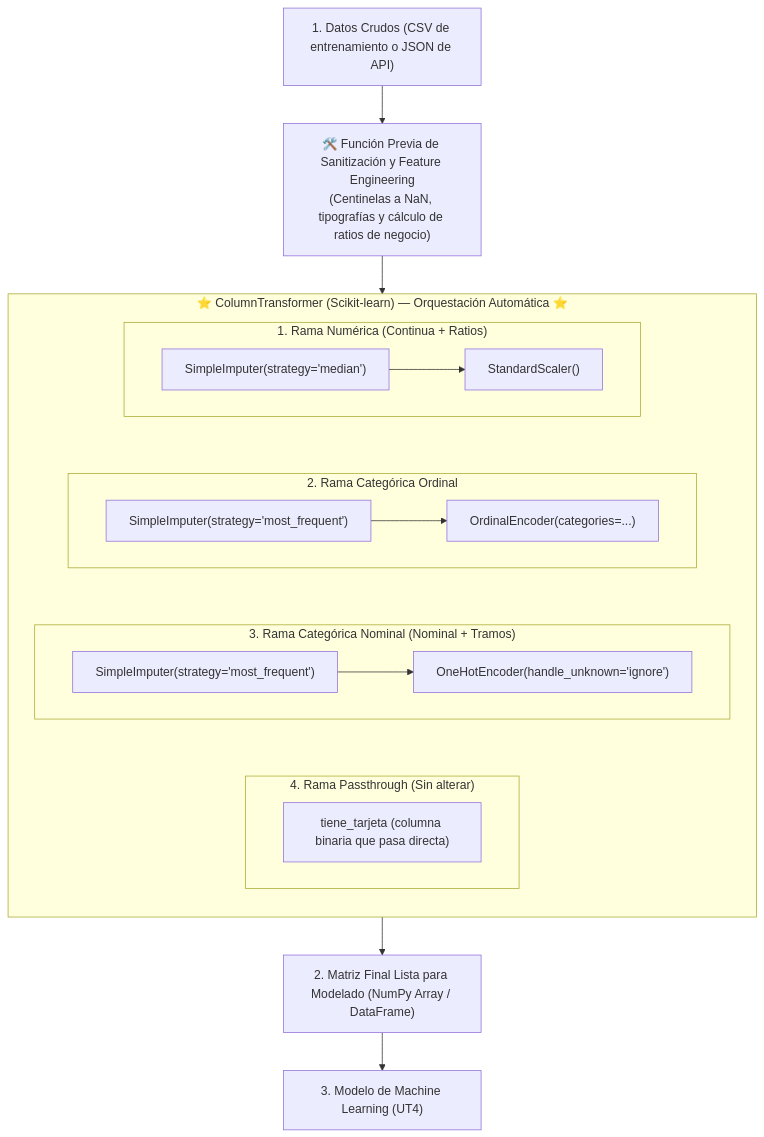
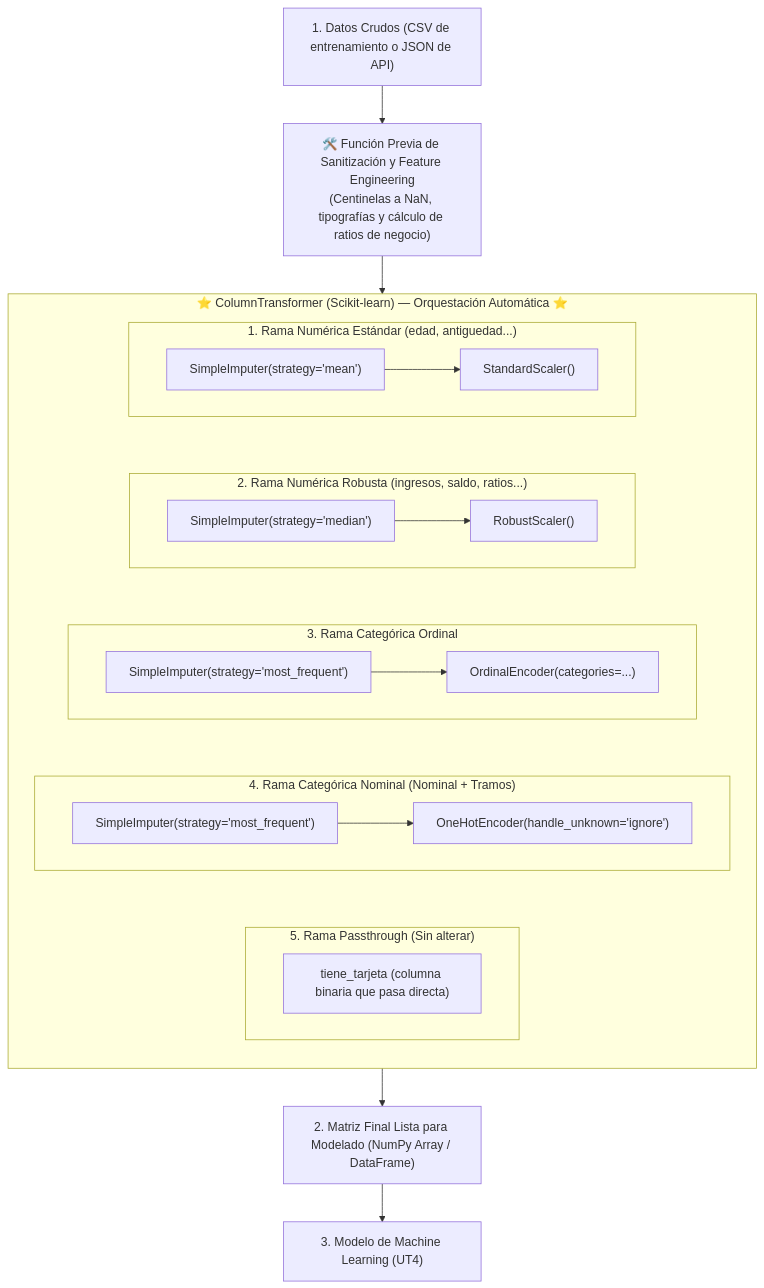
The fourth of 4 diagrams in docs/02_pia_2627/ut3_preparacion_analisis_datos/8-pipelines-columntransformer.md (acamarac02/DevTacora), drawn with Mermaid before and after one commit. The commit also changed other lines of this file, not shown here.

````diff
--- a/docs/02_pia_2627/ut3_preparacion_analisis_datos/8-pipelines-columntransformer.md
+++ b/docs/02_pia_2627/ut3_preparacion_analisis_datos/8-pipelines-columntransformer.md
@@ -134,36 +134,42 @@
 ```mermaid
 flowchart TD
     Raw["1. Datos Crudos (CSV de entrenamiento o JSON de API)"] --> Pre["🛠️ Función Previa de Sanitización y Feature Engineering<br/>(Centinelas a NaN, tipografías y cálculo de ratios de negocio)"]
     
     Pre --> CT
     
     subgraph CT ["⭐ ColumnTransformer (Scikit-learn) — Orquestación Automática ⭐"]
         direction TB
         
-        subgraph SubNum ["1. Rama Numérica (Continua + Ratios)"]
+        subgraph SubNumStd ["1. Rama Numérica Estándar (edad, antiguedad...)"]
             direction LR
-            N1["SimpleImputer(strategy='median')"] --> N2["StandardScaler()"]
+            NS1["SimpleImputer(strategy='mean')"] --> NS2["StandardScaler()"]
         end
         
-        subgraph SubOrd ["2. Rama Categórica Ordinal"]
+        subgraph SubNumRob ["2. Rama Numérica Robusta (ingresos, saldo, ratios...)"]
+            direction LR
+            NR1["SimpleImputer(strategy='median')"] --> NR2["RobustScaler()"]
+        end
+        
+        subgraph SubOrd ["3. Rama Categórica Ordinal"]
             direction LR
             O1["SimpleImputer(strategy='most_frequent')"] --> O2["OrdinalEncoder(categories=...)"]
         end
         
-        subgraph SubNom ["3. Rama Categórica Nominal (Nominal + Tramos)"]
+        subgraph SubNom ["4. Rama Categórica Nominal (Nominal + Tramos)"]
             direction LR
             H1["SimpleImputer(strategy='most_frequent')"] --> H2["OneHotEncoder(handle_unknown='ignore')"]
         end
         
-        subgraph SubPass ["4. Rama Passthrough (Sin alterar)"]
+        subgraph SubPass ["5. Rama Passthrough (Sin alterar)"]
             P1["tiene_tarjeta (columna binaria que pasa directa)"]
         end
         
-        SubNum ~~~ SubOrd
+        SubNumStd ~~~ SubNumRob
+        SubNumRob ~~~ SubOrd
         SubOrd ~~~ SubNom
         SubNom ~~~ SubPass
     end
     
     CT --> Final["2. Matriz Final Lista para Modelado (NumPy Array / DataFrame)"]
     Final --> Model["3. Modelo de Machine Learning (UT4)"]
 ```
````
